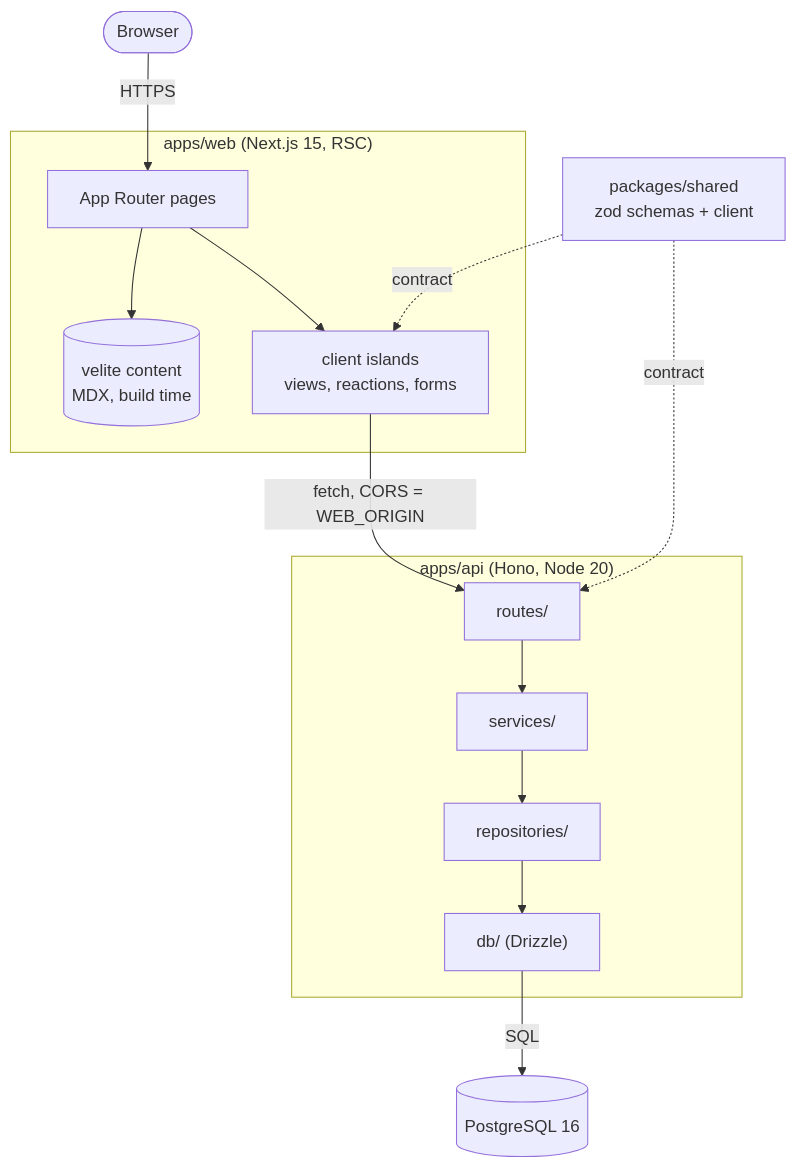
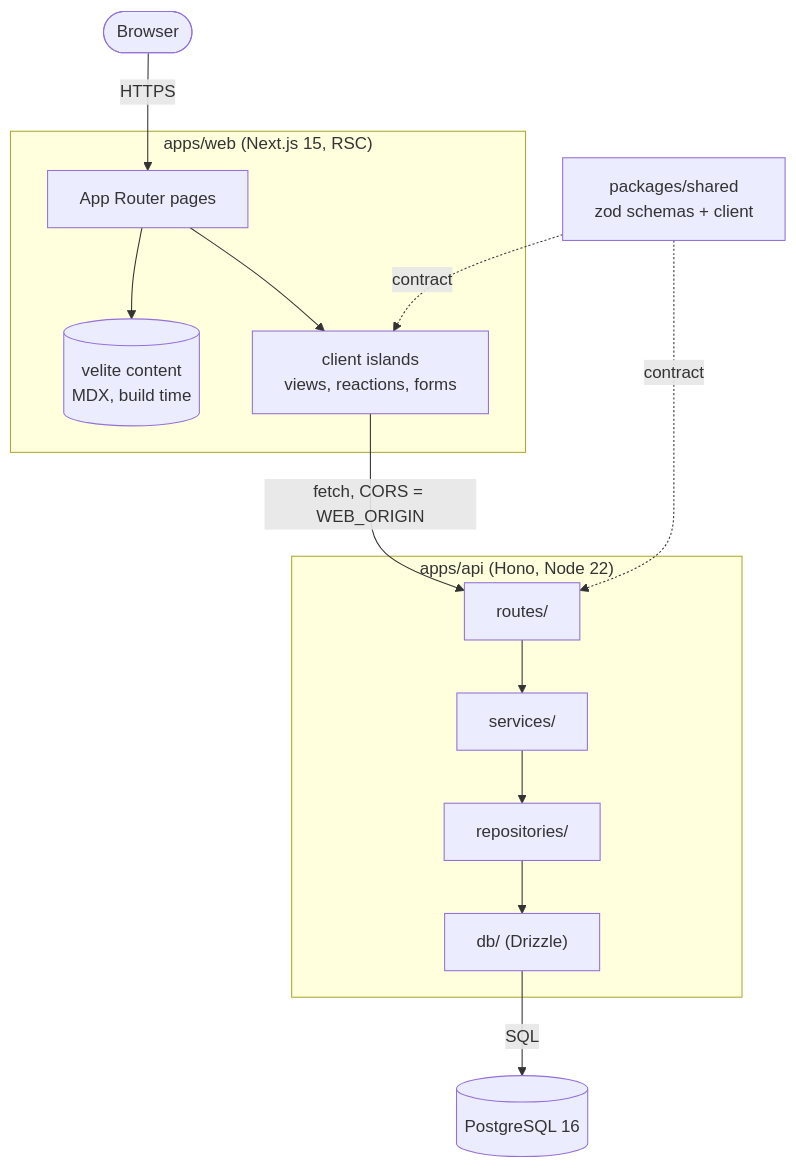
One commit to Dude775/devlog changed the diagram in apps/web/content/posts/building-this-blog-monorepo-architecture.mdx. Above: the diagram before and after it, drawn with Mermaid. The commit also changed other lines of this file and 13 other files, not shown here.

````diff
--- a/apps/web/content/posts/building-this-blog-monorepo-architecture.mdx
+++ b/apps/web/content/posts/building-this-blog-monorepo-architecture.mdx
@@ -31,25 +31,25 @@
 ```mermaid
 flowchart TB
     user([Browser])
 
     subgraph web["apps/web (Next.js 15, RSC)"]
         pages["App Router pages"]
         velite[("velite content<br/>MDX, build time")]
         islands["client islands<br/>views, reactions, forms"]
         pages --> velite
         pages --> islands
     end
 
-    subgraph api["apps/api (Hono, Node 20)"]
+    subgraph api["apps/api (Hono, Node 22)"]
         routes["routes/"] --> services["services/"] --> repos["repositories/"] --> db["db/ (Drizzle)"]
     end
 
     pg[("PostgreSQL 16")]
     shared["packages/shared<br/>zod schemas + client"]
 
     user -->|HTTPS| pages
     islands -->|"fetch, CORS = WEB_ORIGIN"| routes
     db -->|SQL| pg
     shared -.contract.-> islands
     shared -.contract.-> routes
 ```
````
